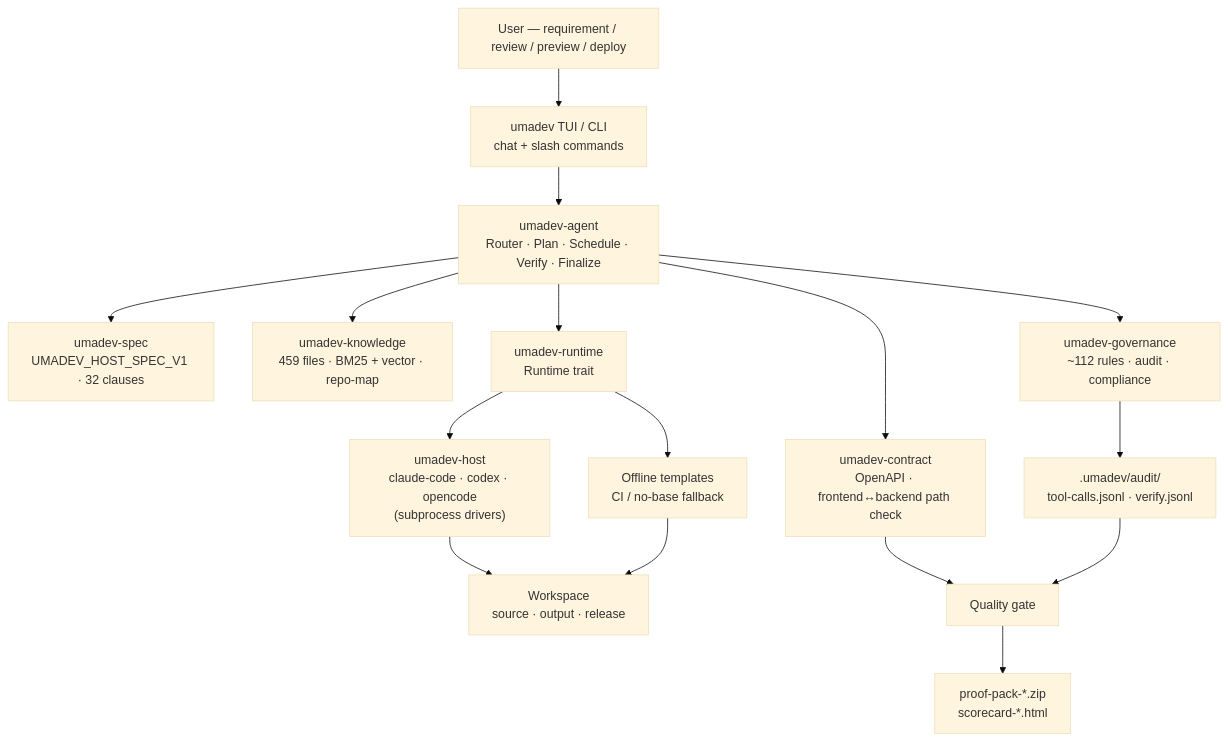
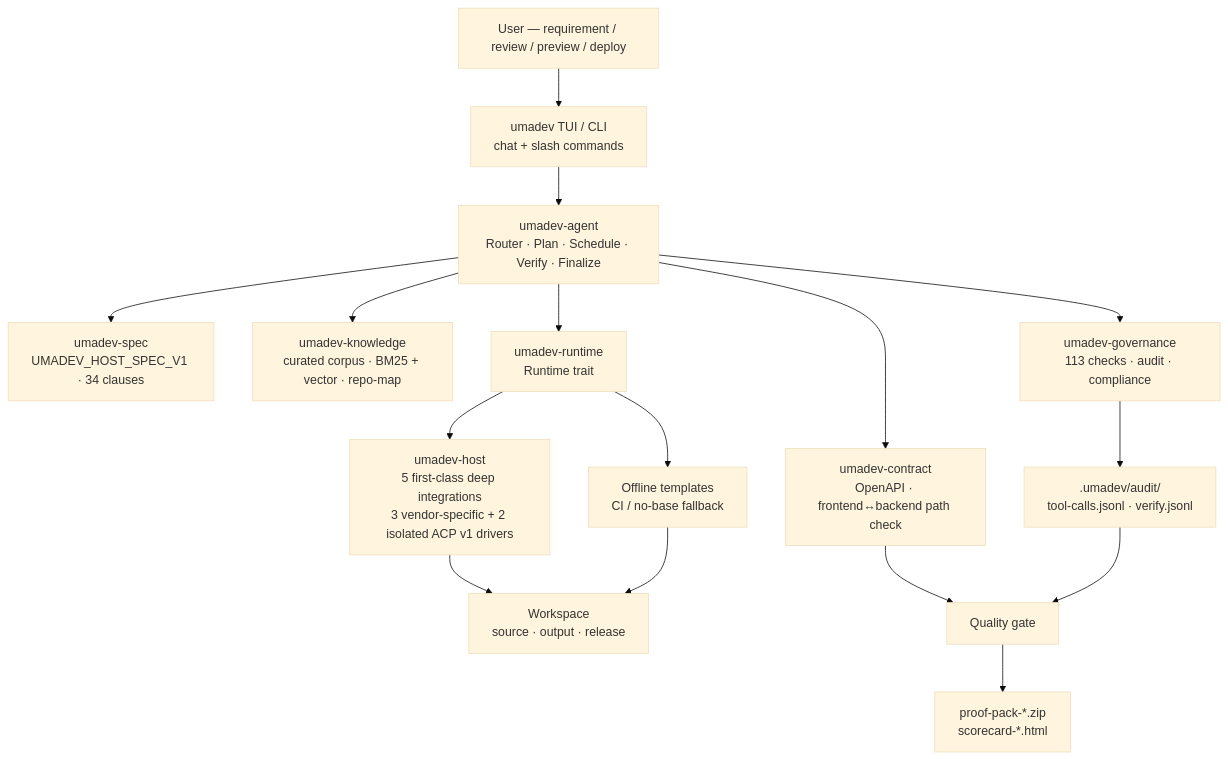
Before and after one commit to grong360/umadev: the second of 7 diagrams in README.md, drawn with Mermaid (base theme). The commit also changed other lines of this file and 246 other files, not shown here.

````diff
--- a/README.md
+++ b/README.md
@@ -237,23 +232,23 @@
 ```mermaid
 flowchart TB
     User["User — requirement / review / preview / deploy"] --> UI["umadev TUI / CLI<br/>chat + slash commands"]
 
     UI --> Director["umadev-agent<br/>Router · Plan · Schedule · Verify · Finalize"]
 
-    Director --> Spec["umadev-spec<br/>UMADEV_HOST_SPEC_V1 · 32 clauses"]
-    Director --> Knowledge["umadev-knowledge<br/>459 files · BM25 + vector · repo-map"]
-    Director --> Governance["umadev-governance<br/>~112 rules · audit · compliance"]
+    Director --> Spec["umadev-spec<br/>UMADEV_HOST_SPEC_V1 · 34 clauses"]
+    Director --> Knowledge["umadev-knowledge<br/>curated corpus · BM25 + vector · repo-map"]
+    Director --> Governance["umadev-governance<br/>113 checks · audit · compliance"]
     Director --> Contract["umadev-contract<br/>OpenAPI · frontend↔backend path check"]
 
     Director --> Runtime["umadev-runtime<br/>Runtime trait"]
-    Runtime --> Host["umadev-host<br/>claude-code · codex · opencode<br/>(subprocess drivers)"]
+    Runtime --> Host["umadev-host<br/>5 first-class deep integrations<br/>3 vendor-specific + 2 isolated ACP v1 drivers"]
     Runtime --> Offline["Offline templates<br/>CI / no-base fallback"]
 
     Host --> Workspace["Workspace<br/>source · output · release"]
     Offline --> Workspace
 
     Governance --> Evidence[".umadev/audit/<br/>tool-calls.jsonl · verify.jsonl"]
     Contract --> Quality["Quality gate"]
     Evidence --> Quality
     Quality --> Release["proof-pack-*.zip<br/>scorecard-*.html"]
 ```
````
